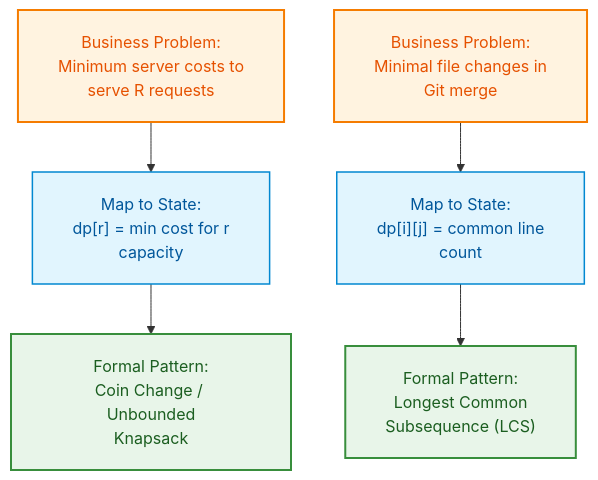
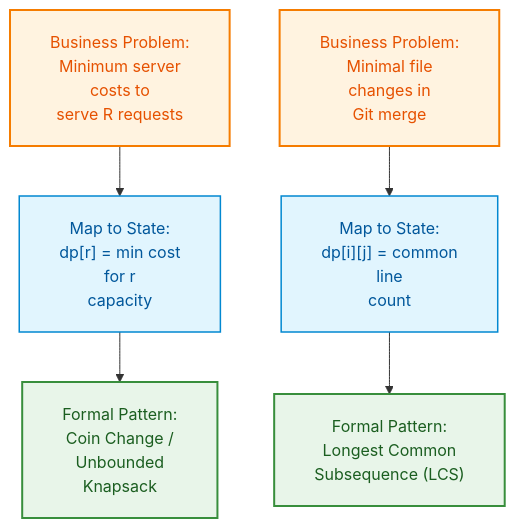
Before and after one commit to dip4k/DSA_102: the sixth of 6 diagrams in week_10_dynamic_programming_i_fundamentals/Week_10_Visual_Concepts_Playbook_HYBRID.md, drawn with Mermaid. The commit also changed other lines of this file and 106 other files, not shown here.

First line of the commit message:
fix(mermaid): prevent text clipping with foreignObject overflow and tighter line wrapping

````diff
--- a/week_10_dynamic_programming_i_fundamentals/Week_10_Visual_Concepts_Playbook_HYBRID.md
+++ b/week_10_dynamic_programming_i_fundamentals/Week_10_Visual_Concepts_Playbook_HYBRID.md
@@ -535,10 +535,10 @@
 ```mermaid
-%%{init: {"flowchart": {"htmlLabels": true, "padding": 20}}}%%
+%%{init: {"flowchart": {"htmlLabels": true, "padding": 20}, "themeCSS": "foreignObject { overflow: visible !important; }"}}%%
 flowchart TD
     classDef real fill:#fff3e0,stroke:#f57c00,color:#e65100,stroke-width:2px;
     classDef arrow fill:#e1f5fe,stroke:#0288d1,color:#01579b,stroke-width:1.5px;
     classDef dppat fill:#e8f5e9,stroke:#388e3c,color:#1b5e20,stroke-width:2px;
 
-    R1["Business Problem:<br/>Minimum server costs to<br/>serve R requests"]:::real --> M1["Map to State:<br/>dp[r] = min cost for r<br/>capacity"]:::arrow --> P1["Formal Pattern:<br/>Coin Change / Unbounded<br/>Knapsack"]:::dppat
-    R2["Business Problem:<br/>Minimal file changes in<br/>Git merge"]:::real --> M2["Map to State:<br/>dp[i][j] = common line<br/>count"]:::arrow --> P2["Formal Pattern:<br/>Longest Common<br/>Subsequence (LCS)"]:::dppat
+    R1["Business Problem:<br/>Minimum server<br/>costs to<br/>serve R requests"]:::real --> M1["Map to State:<br/>dp[r] = min cost<br/>for r<br/>capacity"]:::arrow --> P1["Formal Pattern:<br/>Coin Change /<br/>Unbounded<br/>Knapsack"]:::dppat
+    R2["Business Problem:<br/>Minimal file<br/>changes in<br/>Git merge"]:::real --> M2["Map to State:<br/>dp[i][j] = common<br/>line<br/>count"]:::arrow --> P2["Formal Pattern:<br/>Longest Common<br/>Subsequence (LCS)"]:::dppat
 ```
````
